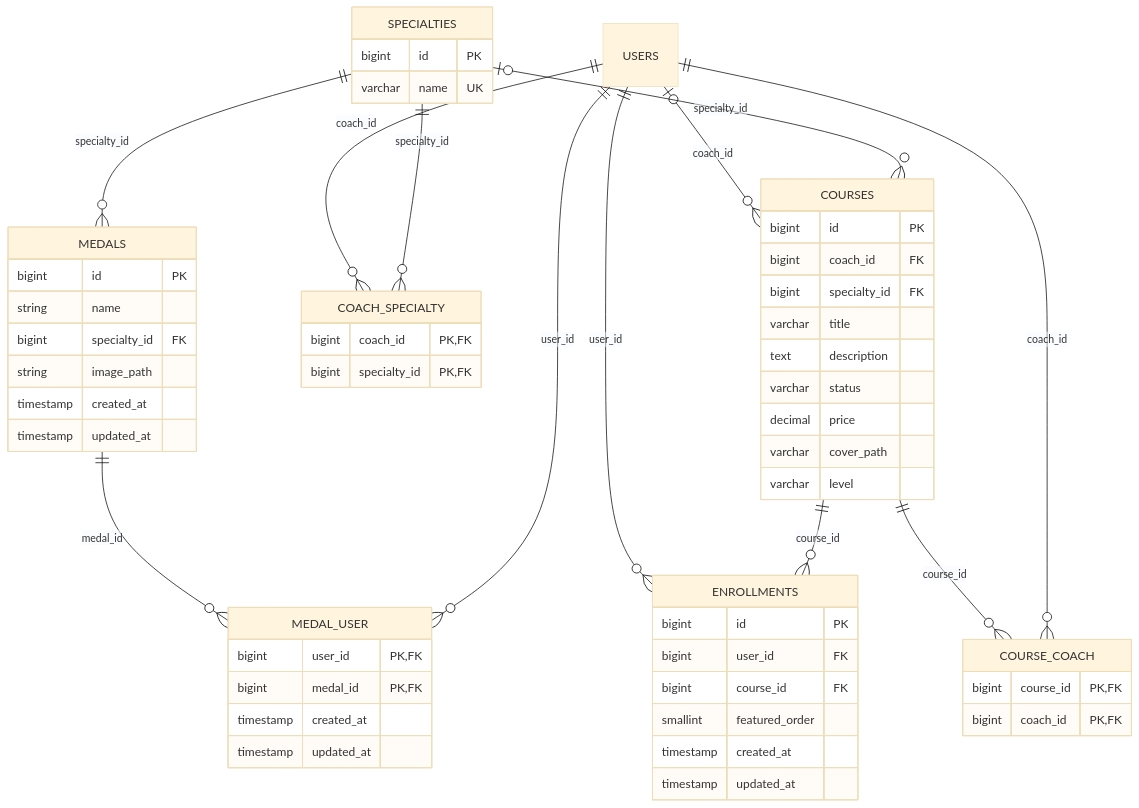
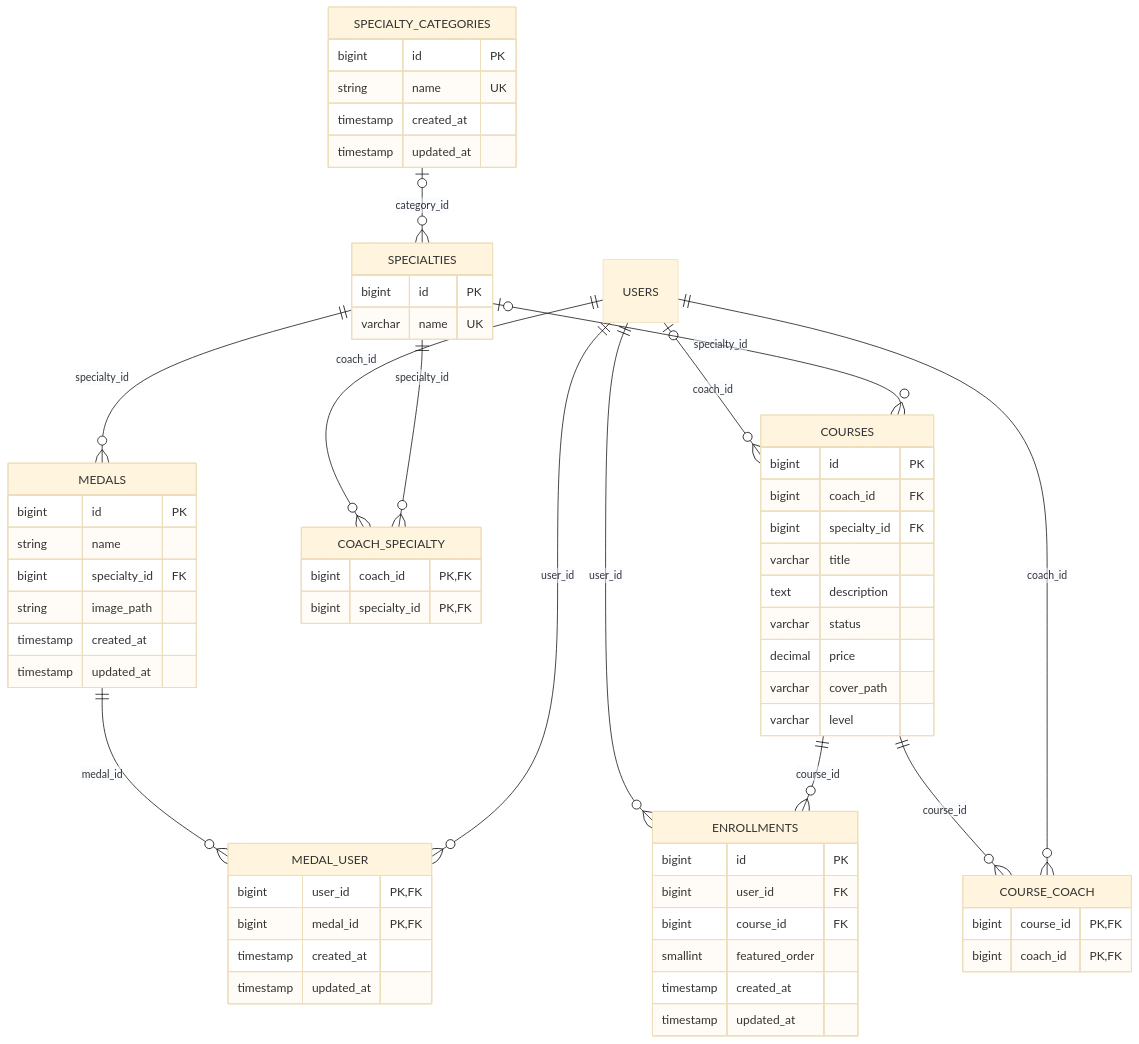
Before and after one commit to Fokjobok/dawtfg: the diagram in docs/COURSE_DATA_MODEL.md, drawn with Mermaid (base theme). The commit also changed other lines of this file and 56 other files, not shown here.

````diff
--- a/docs/COURSE_DATA_MODEL.md
+++ b/docs/COURSE_DATA_MODEL.md
@@ -31,59 +31,66 @@
 ```mermaid
 erDiagram
     USERS o|--o{ COURSES : coach_id
     SPECIALTIES o|--o{ COURSES : specialty_id
+    SPECIALTY_CATEGORIES o|--o{ SPECIALTIES : category_id
+    SPECIALTY_CATEGORIES {
+        bigint id PK
+        string name UK
+        timestamp created_at
+        timestamp updated_at
+    }
     USERS ||--o{ COACH_SPECIALTY : coach_id
     SPECIALTIES ||--o{ COACH_SPECIALTY : specialty_id
     COURSES ||--o{ COURSE_COACH : course_id
     USERS ||--o{ COURSE_COACH : coach_id
     USERS ||--o{ ENROLLMENTS : user_id
     COURSES ||--o{ ENROLLMENTS : course_id
     SPECIALTIES ||--o{ MEDALS : specialty_id
     MEDALS ||--o{ MEDAL_USER : medal_id
     USERS ||--o{ MEDAL_USER : user_id
     MEDALS {
         bigint id PK
         string name
         bigint specialty_id FK
         string image_path
         timestamp created_at
         timestamp updated_at
     }
     MEDAL_USER {
         bigint user_id PK,FK
         bigint medal_id PK,FK
         timestamp created_at
         timestamp updated_at
     }
     ENROLLMENTS {
         bigint id PK
         bigint user_id FK
         bigint course_id FK
         smallint featured_order
         timestamp created_at
         timestamp updated_at
     }
     COURSES {
         bigint id PK
         bigint coach_id FK
         bigint specialty_id FK
         varchar title
         text description
         varchar status
         decimal price
         varchar cover_path
         varchar level
     }
     SPECIALTIES {
         bigint id PK
         varchar name UK
     }
     COACH_SPECIALTY {
         bigint coach_id PK,FK
         bigint specialty_id PK,FK
     }
     COURSE_COACH {
         bigint course_id PK,FK
         bigint coach_id PK,FK
     }
 ```
````
